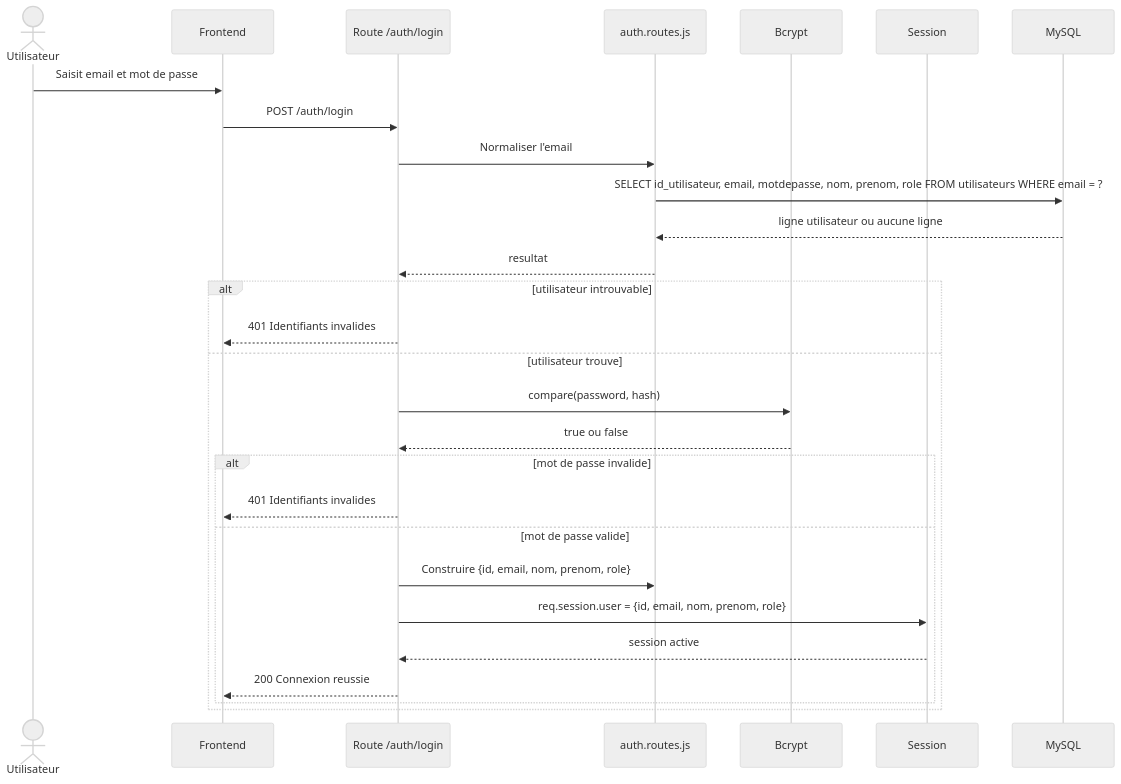
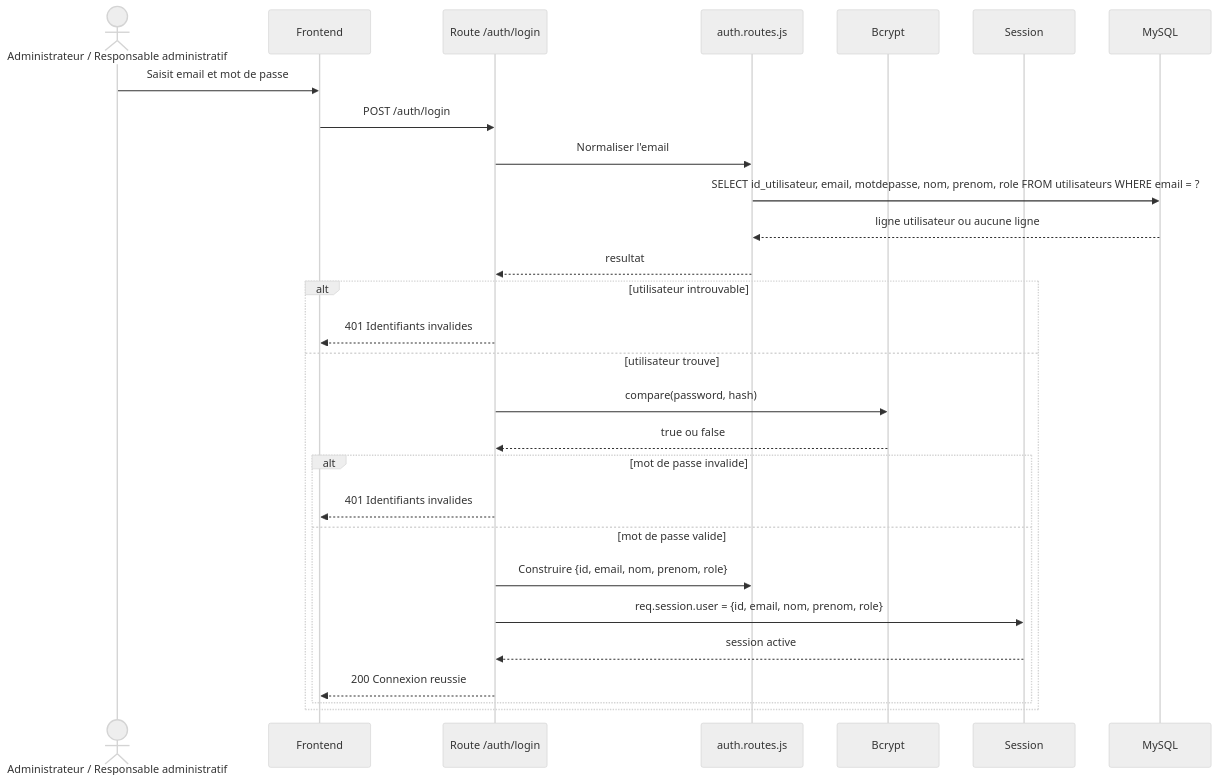
One commit to saberkara10/Horaire-5 changed the diagram in documents/diagrammes/auth-sequence.mmd. Above: the diagram before and after it, drawn with Mermaid (neutral theme). The commit also changed 189 other files, not shown here.

```diff
--- a/documents/diagrammes/auth-sequence.mmd
+++ b/documents/diagrammes/auth-sequence.mmd
@@ -1,31 +1,31 @@
 sequenceDiagram
-    actor Utilisateur
+    actor UtilisateurAdministratif as Administrateur / Responsable administratif
     participant Frontend
     participant RouteAuth as Route /auth/login
     participant RouteLogic as auth.routes.js
     participant Bcrypt
     participant Session
     participant MySQL
 
-    Utilisateur->>Frontend: Saisit email et mot de passe
+    UtilisateurAdministratif->>Frontend: Saisit email et mot de passe
     Frontend->>RouteAuth: POST /auth/login
     RouteAuth->>RouteLogic: Normaliser l'email
     RouteLogic->>MySQL: SELECT id_utilisateur, email, motdepasse, nom, prenom, role FROM utilisateurs WHERE email = ?
     MySQL-->>RouteLogic: ligne utilisateur ou aucune ligne
     RouteLogic-->>RouteAuth: resultat
 
     alt utilisateur introuvable
         RouteAuth-->>Frontend: 401 Identifiants invalides
     else utilisateur trouve
         RouteAuth->>Bcrypt: compare(password, hash)
         Bcrypt-->>RouteAuth: true ou false
 
         alt mot de passe invalide
             RouteAuth-->>Frontend: 401 Identifiants invalides
         else mot de passe valide
             RouteAuth->>RouteLogic: Construire {id, email, nom, prenom, role}
             RouteAuth->>Session: req.session.user = {id, email, nom, prenom, role}
             Session-->>RouteAuth: session active
             RouteAuth-->>Frontend: 200 Connexion reussie
         end
     end
```
